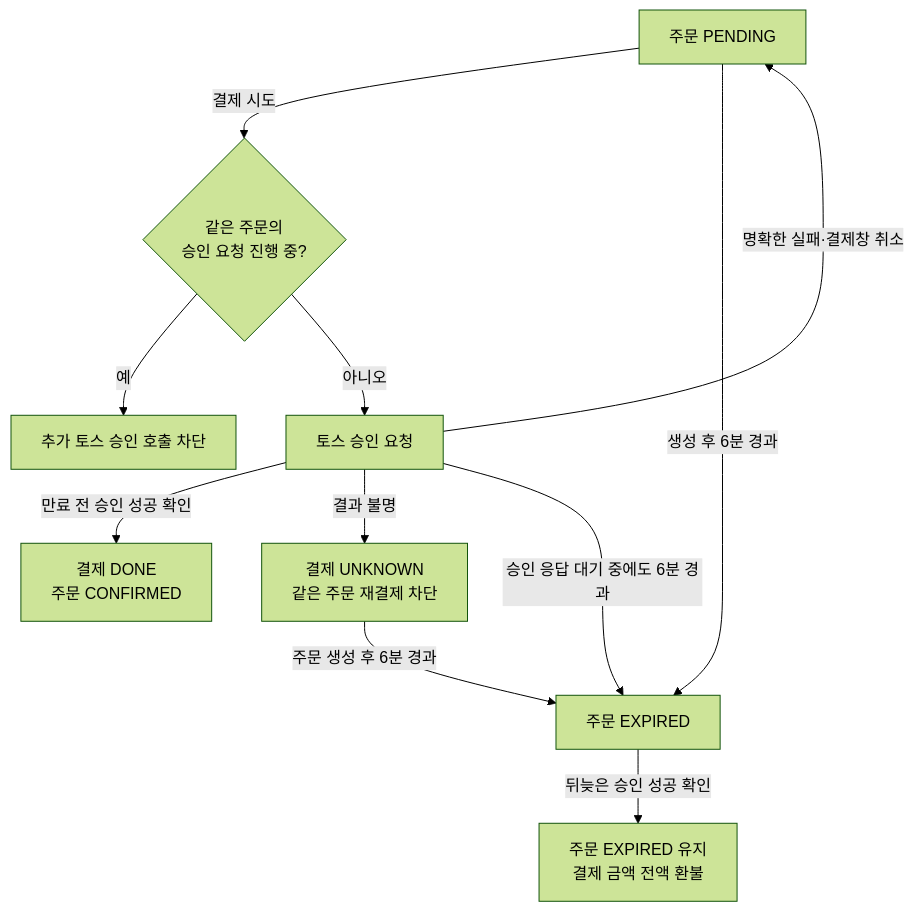
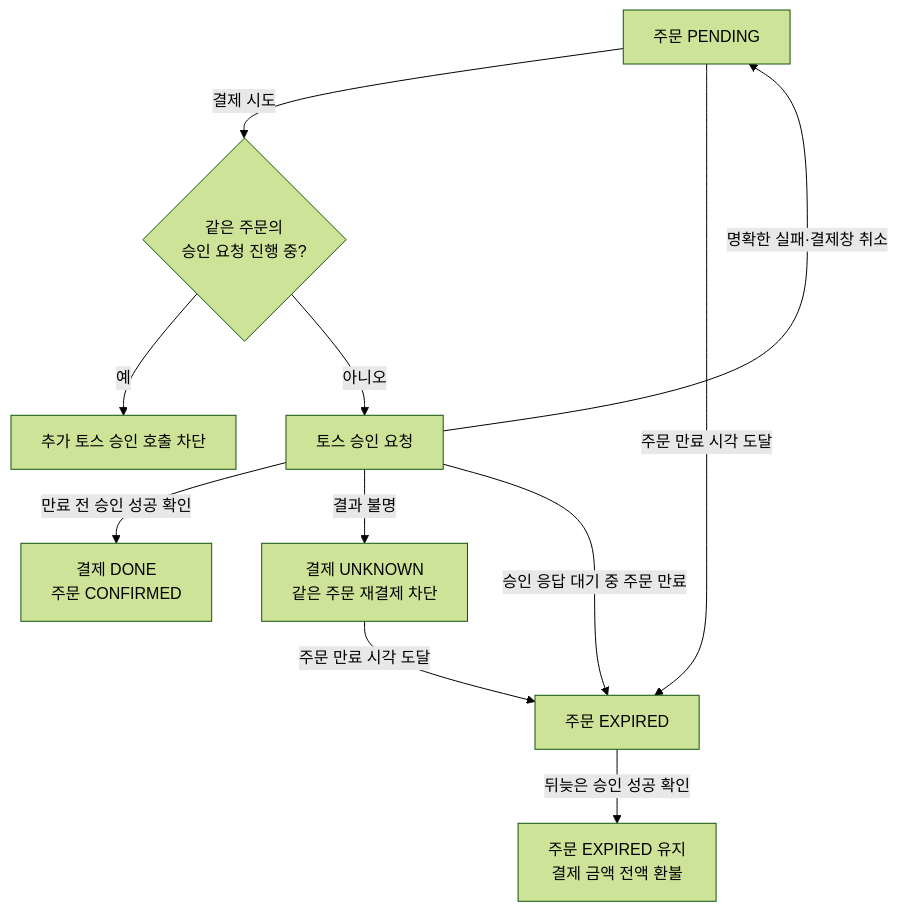
The second of 3 diagrams in docs/policy/payment.md (woowacourse-teams/2026-setty), drawn with Mermaid (forest theme) before and after one commit. The commit also changed other lines of this file, not shown here.

Commit message:
docs: 결제 정책의 주문 만료 시간 중복 제거

````diff
--- a/docs/policy/payment.md
+++ b/docs/policy/payment.md
@@ -46,13 +46,13 @@
 ```mermaid
 flowchart TB
     P["주문 PENDING"] -->|"결제 시도"| G{"같은 주문의<br/>승인 요청 진행 중?"}
     G -->|"예"| B["추가 토스 승인 호출 차단"]
     G -->|"아니오"| T["토스 승인 요청"]
     T -->|"만료 전 승인 성공 확인"| C["결제 DONE<br/>주문 CONFIRMED"]
     T -->|"명확한 실패·결제창 취소"| P
     T -->|"결과 불명"| U["결제 UNKNOWN<br/>같은 주문 재결제 차단"]
-    P -->|"생성 후 6분 경과"| E["주문 EXPIRED"]
-    T -->|"승인 응답 대기 중에도 6분 경과"| E
-    U -->|"주문 생성 후 6분 경과"| E
+    P -->|"주문 만료 시각 도달"| E["주문 EXPIRED"]
+    T -->|"승인 응답 대기 중 주문 만료"| E
+    U -->|"주문 만료 시각 도달"| E
     E -->|"뒤늦은 승인 성공 확인"| R["주문 EXPIRED 유지<br/>결제 금액 전액 환불"]
 ```
````
